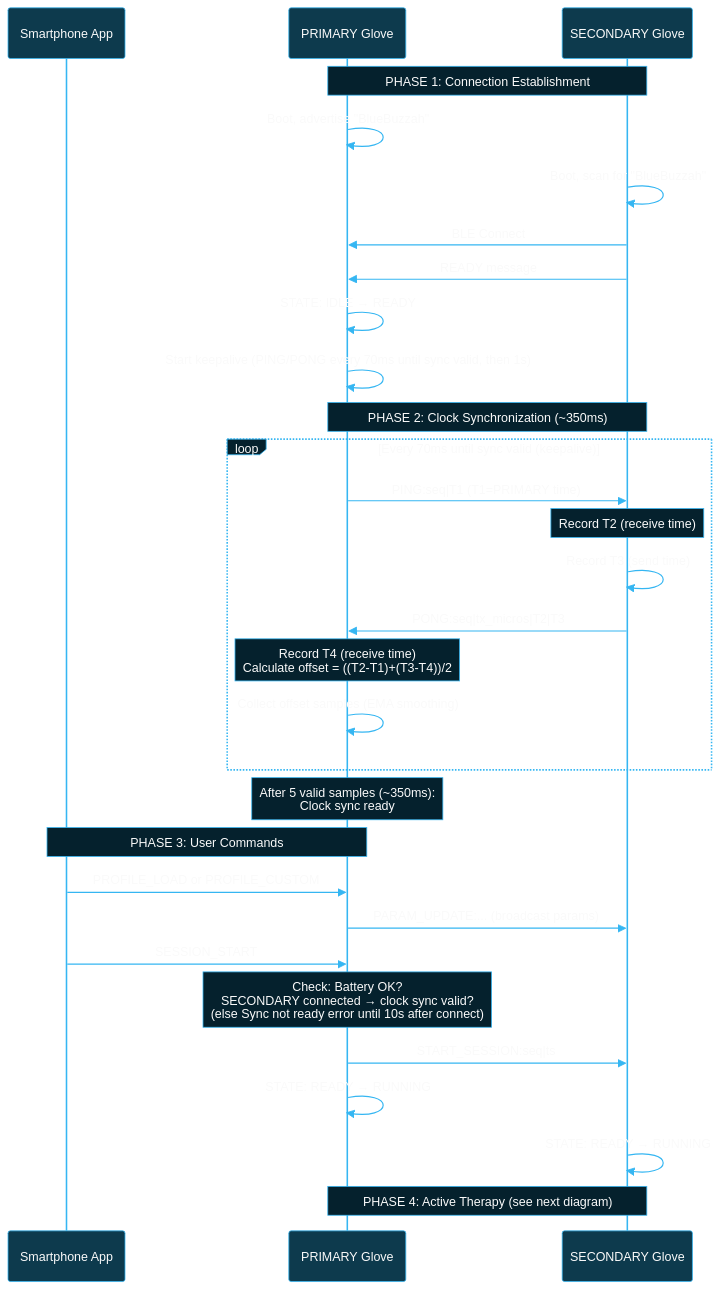
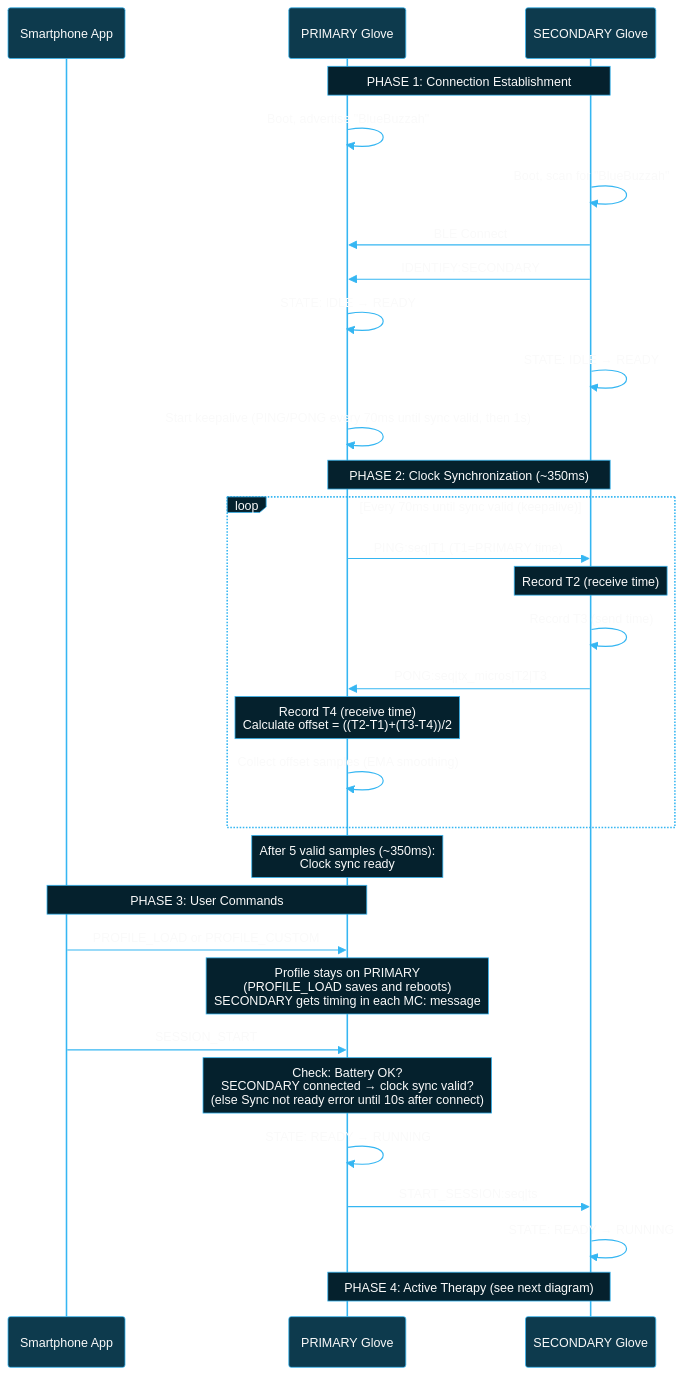
One commit to BlueBuzzah/BlueBuzzah-Firmware changed the second of 11 diagrams in docs/THERAPY_SESSION_FLOW.md. Above: the diagram before and after it, drawn with Mermaid. The commit also changed other lines of this file and 12 other files, not shown here.

````diff
--- a/docs/THERAPY_SESSION_FLOW.md
+++ b/docs/THERAPY_SESSION_FLOW.md
@@ -101,62 +93,63 @@
 ```mermaid
 %%{init: {'theme': 'base', 'themeVariables': {
   'primaryColor': '#0d3a4d',
   'primaryTextColor': '#fafafa',
   'primaryBorderColor': '#35B6F2',
   'lineColor': '#35B6F2',
   'secondaryColor': '#05212D',
   'tertiaryColor': '#0a0a0a',
   'background': '#0a0a0a',
   'actorBkg': '#0d3a4d',
   'actorBorder': '#35B6F2',
   'actorTextColor': '#fafafa',
   'actorLineColor': '#35B6F2',
   'signalColor': '#35B6F2',
   'signalTextColor': '#fafafa',
   'labelBoxBkgColor': '#05212D',
   'labelBoxBorderColor': '#35B6F2',
   'labelTextColor': '#fafafa',
   'loopTextColor': '#fafafa',
   'noteBkgColor': '#05212D',
   'noteBorderColor': '#35B6F2',
   'noteTextColor': '#fafafa',
   'activationBkgColor': '#0d3a4d',
   'activationBorderColor': '#35B6F2',
   'sequenceNumberColor': '#fafafa'
 }}}%%
 sequenceDiagram
     participant APP as Smartphone App
     participant P as PRIMARY Glove
     participant S as SECONDARY Glove
 
     Note over P,S: PHASE 1: Connection Establishment
     P->>P: Boot, advertise "BlueBuzzah"
     S->>S: Boot, scan for "BlueBuzzah"
     S->>P: BLE Connect
-    S->>P: READY message
+    S->>P: IDENTIFY:SECONDARY
     P->>P: STATE: IDLE → READY
+    S->>S: STATE: IDLE → READY
     P->>P: Start keepalive (PING/PONG every 70ms until sync valid, then 1s)
 
     Note over P,S: PHASE 2: Clock Synchronization (~350ms)
     loop Every 70ms until sync valid (keepalive)
         P->>S: PING:seq|T1 (T1=PRIMARY time)
         Note over S: Record T2 (receive time)
         S->>S: Record T3 (send time)
         S->>P: PONG:seq|tx_micros|T2|T3
         Note over P: Record T4 (receive time)<br/>Calculate offset = ((T2-T1)+(T3-T4))/2
         P->>P: Collect offset samples (EMA smoothing)
     end
     Note over P: After 5 valid samples (~350ms):<br/>Clock sync ready
 
     Note over APP,P: PHASE 3: User Commands
     APP->>P: PROFILE_LOAD or PROFILE_CUSTOM
-    P->>S: PARAM_UPDATE:... (broadcast params)
+    Note over P: Profile stays on PRIMARY<br/>(PROFILE_LOAD saves and reboots)<br/>SECONDARY gets timing in each MC: message
 
     APP->>P: SESSION_START
     Note over P: Check: Battery OK?<br/>SECONDARY connected → clock sync valid?<br/>(else Sync not ready error until 10s after connect)
+    P->>P: STATE: READY → RUNNING
     P->>S: START_SESSION:seq|ts
-    P->>P: STATE: READY → RUNNING
     S->>S: STATE: READY → RUNNING
 
     Note over P,S: PHASE 4: Active Therapy (see next diagram)
 ```
````
